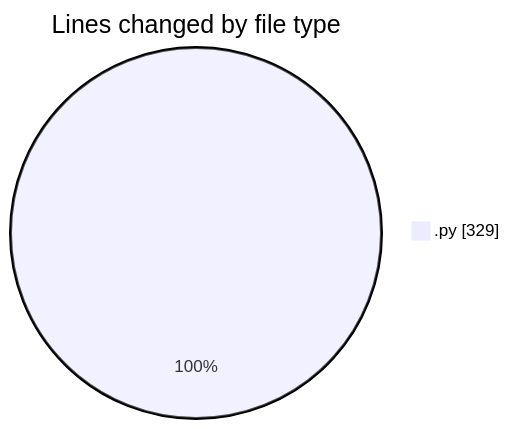
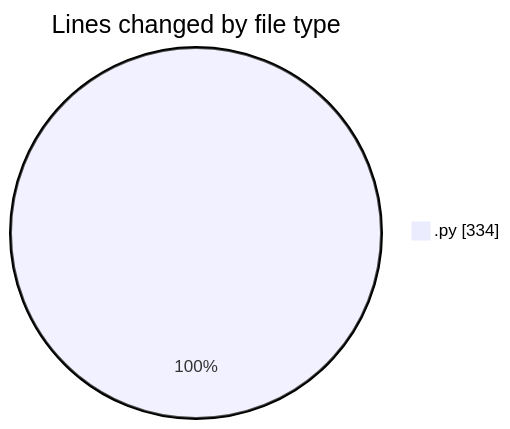
The first of 2 diagrams in 2026-03-03/student_performance_system/README.md (hasnaa123/code-tracking), drawn with Mermaid before and after one commit. The commit also changed other lines of this file and 1 other file, not shown here.

````diff
--- a/2026-03-03/student_performance_system/README.md
+++ b/2026-03-03/student_performance_system/README.md
@@ -20,5 +20,5 @@
 ```mermaid
 pie showData
 title Lines changed by file type
-".py" : 329
+".py" : 334
 ```
````
